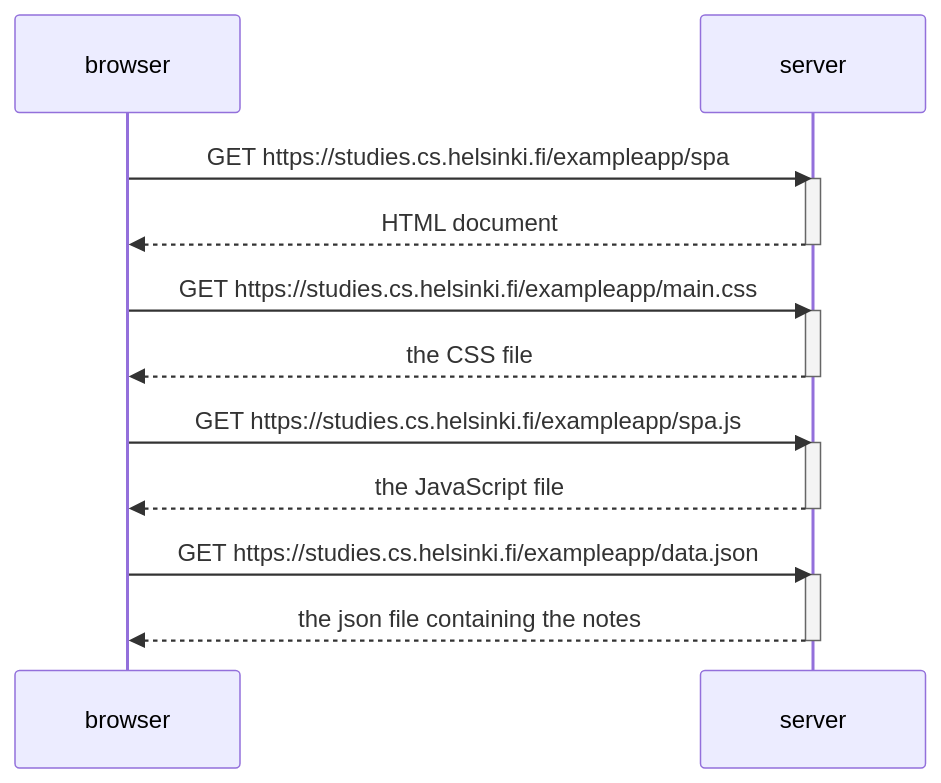
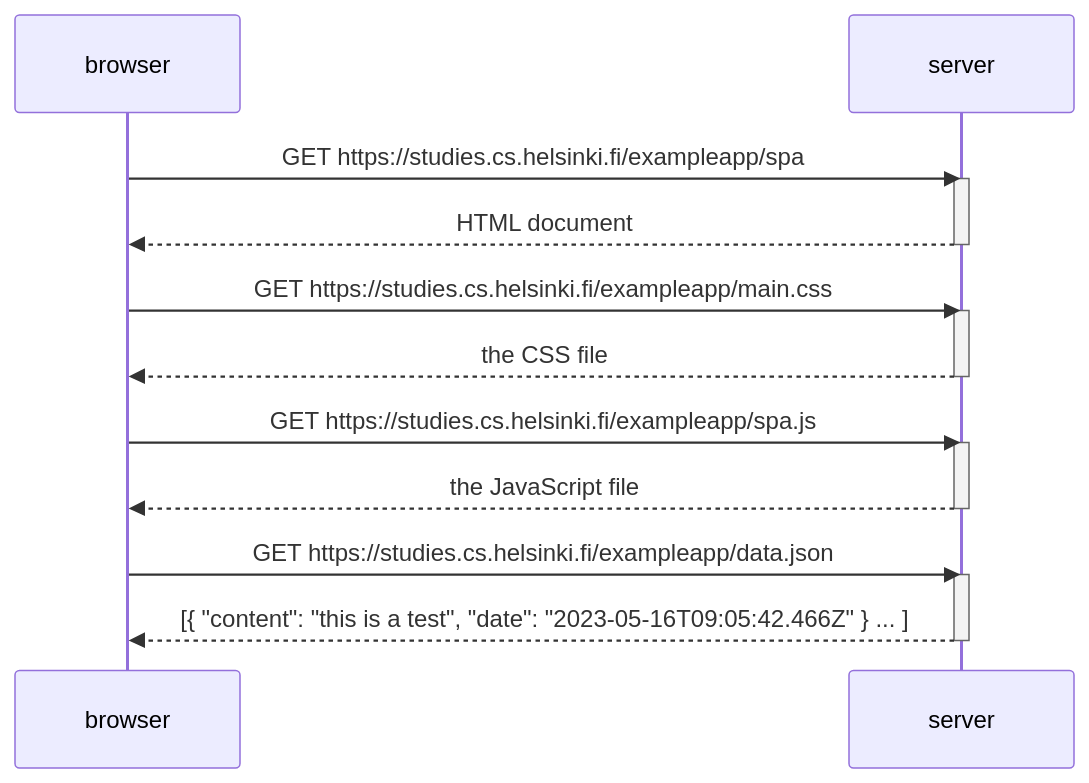
Before and after one commit to GrandeJames/fullstackopen: the diagram in part0/0.5_SinglePageAppDiagram.md, drawn with Mermaid.

````diff
--- a/part0/0.5_SinglePageAppDiagram.md
+++ b/part0/0.5_SinglePageAppDiagram.md
@@ -1,25 +1,26 @@
 ```mermaid
 sequenceDiagram
     participant browser
     participant server
 
     browser->>server: GET https://studies.cs.helsinki.fi/exampleapp/spa
     activate server
     server-->>browser: HTML document
     deactivate server
 
     browser->>server: GET https://studies.cs.helsinki.fi/exampleapp/main.css
     activate server
     server-->>browser: the CSS file
     deactivate server
     
     browser->>server: GET https://studies.cs.helsinki.fi/exampleapp/spa.js
     activate server
     server-->>browser: the JavaScript file
     deactivate server
 
     browser->>server: GET https://studies.cs.helsinki.fi/exampleapp/data.json
     activate server
-    server-->>browser: the json file containing the notes
+    server-->>browser: [{ "content": "this is a test", "date": "2023-05-16T09:05:42.466Z" } ... ]
+
     deactivate server
 ```
````
